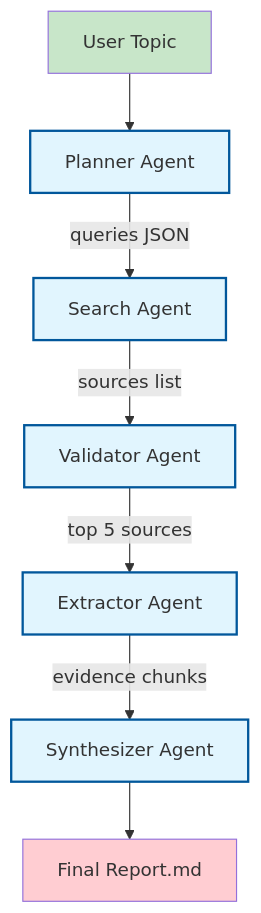
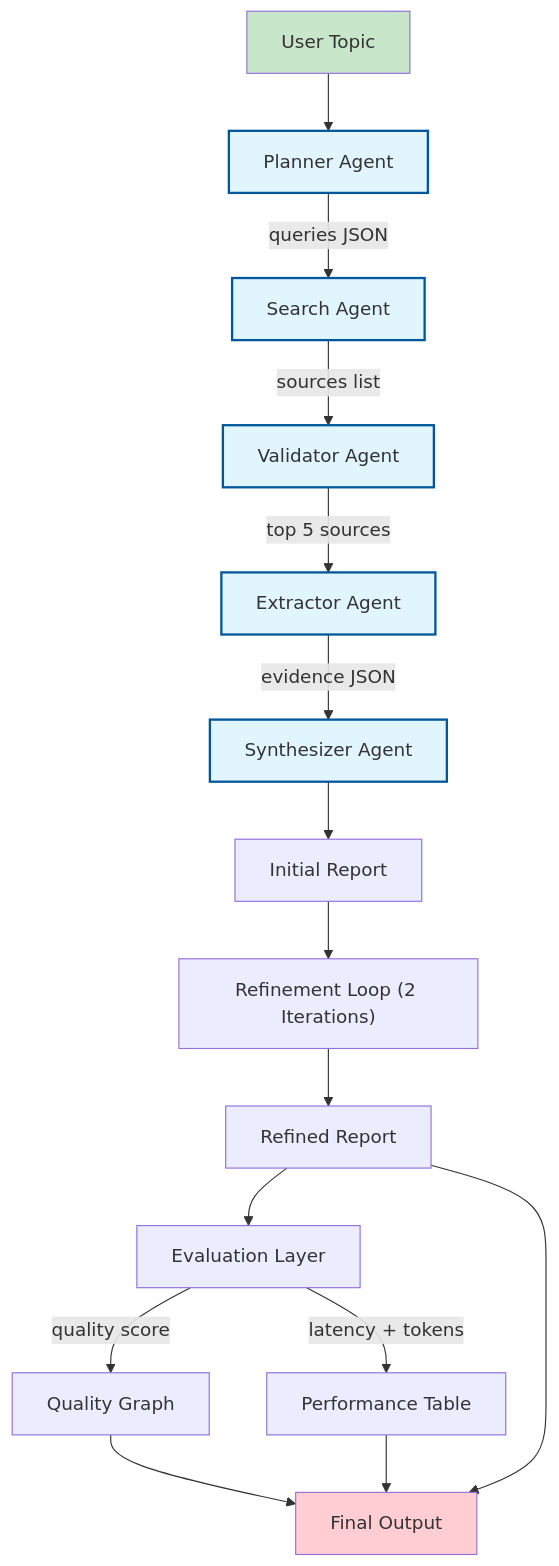
Before and after one commit to Sujal-SM/Autonomous-Agentic-AI-Framework: the diagram in README.md, drawn with Mermaid. The commit also changed other lines of this file, not shown here.

Commit message:
Update README with enhanced documentation, features, architecture, overview, and author information

````diff
--- a/README.md
+++ b/README.md
@@ -24,15 +76,27 @@
 ```mermaid
 graph TD
     A["User Topic"] --> B["Planner Agent"]
     B -->|"queries JSON"| C["Search Agent"]
     C -->|"sources list"| D["Validator Agent"]
     D -->|"top 5 sources"| E["Extractor Agent"]
-    E -->|"evidence chunks"| F["Synthesizer Agent"]
-    F --> G["Final Report.md"]
+    E -->|"evidence JSON"| F["Synthesizer Agent"]
+
+    F --> G["Initial Report"]
+    G --> H["Refinement Loop (2 Iterations)"]
+    H --> I["Refined Report"]
+
+    I --> J["Evaluation Layer"]
+    J -->|"quality score"| K["Quality Graph"]
+    J -->|"latency + tokens"| L["Performance Table"]
+
+    K --> M["Final Output"]
+    L --> M
+    I --> M
 
     classDef agent fill:#e1f5fe,stroke:#01579b,stroke-width:2px
     class B,C,D,E,F agent
 
     style A fill:#c8e6c9
-    style G fill:#ffcdd2
+    style M fill:#ffcdd2
+
 ```
````
